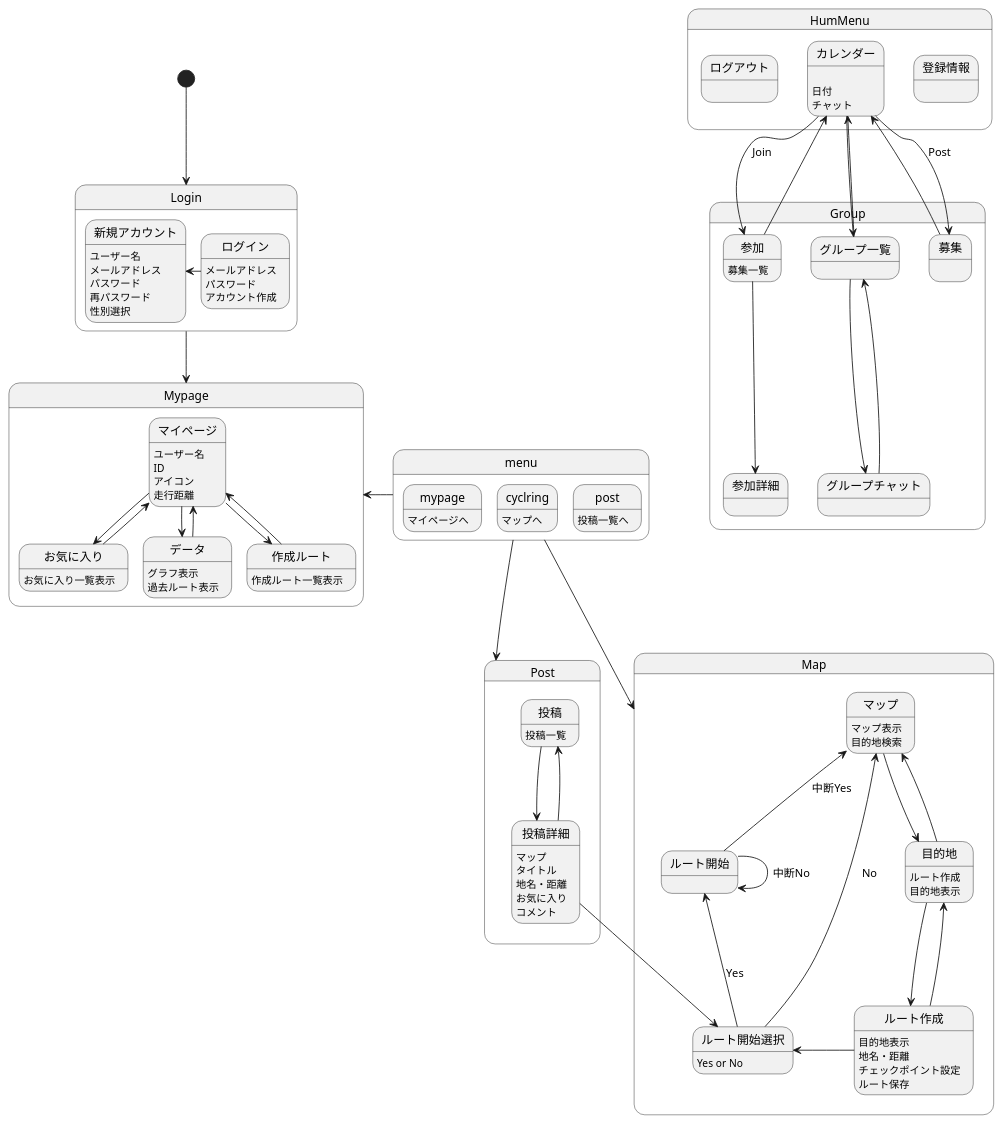
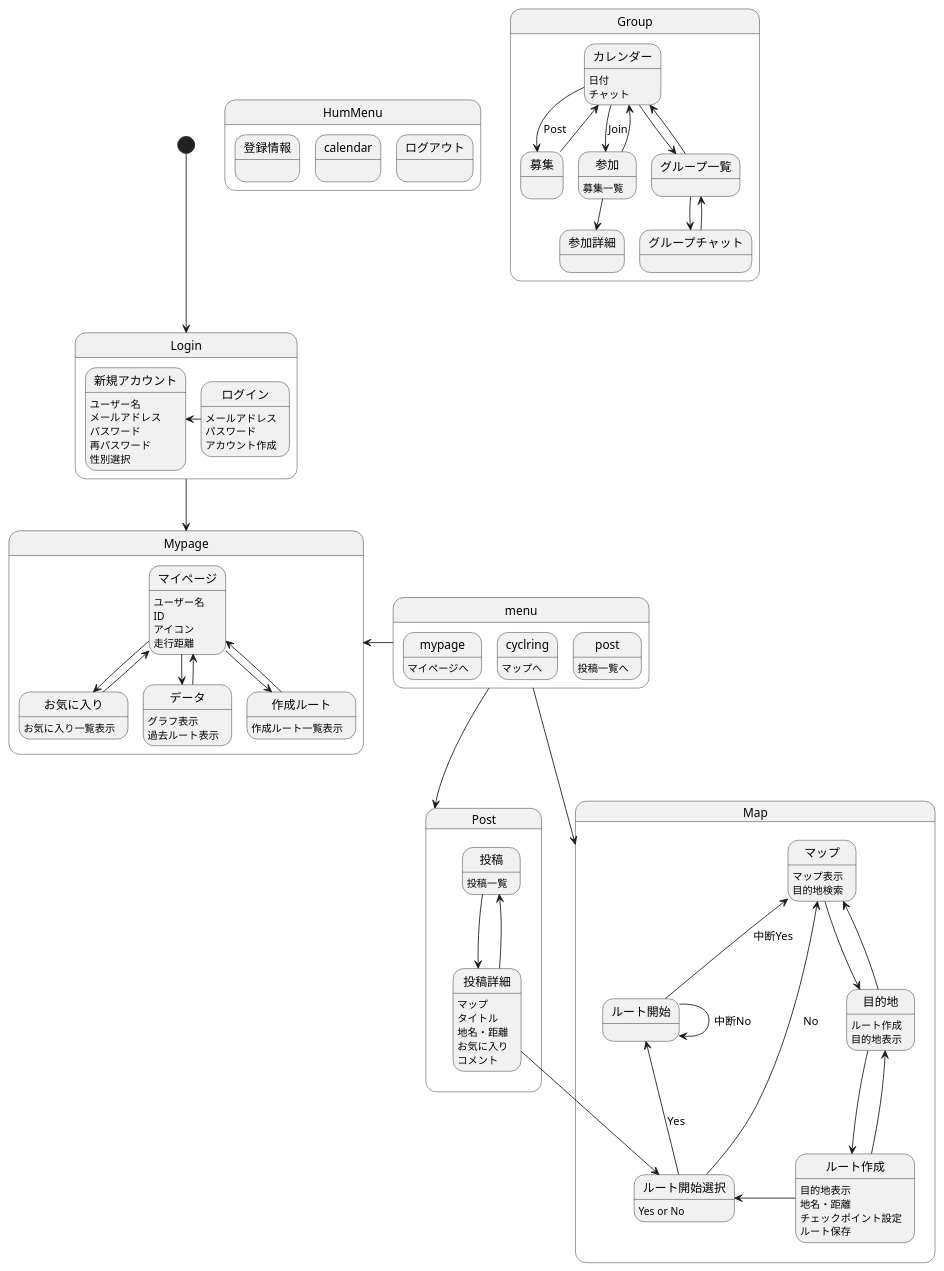
One commit to AsoSD3A3/CyclingSystem changed the diagram in 画面遷移図/gm.md. Above: the diagram before and after it, drawn with PlantUML.

```diff
--- a/画面遷移図/gm.md
+++ b/画面遷移図/gm.md
@@ -9,7 +9,7 @@
 
 state HumMenu{
 登録情報:
-カレンダー:
+calendar:
 ログアウト:
 }
 
```
